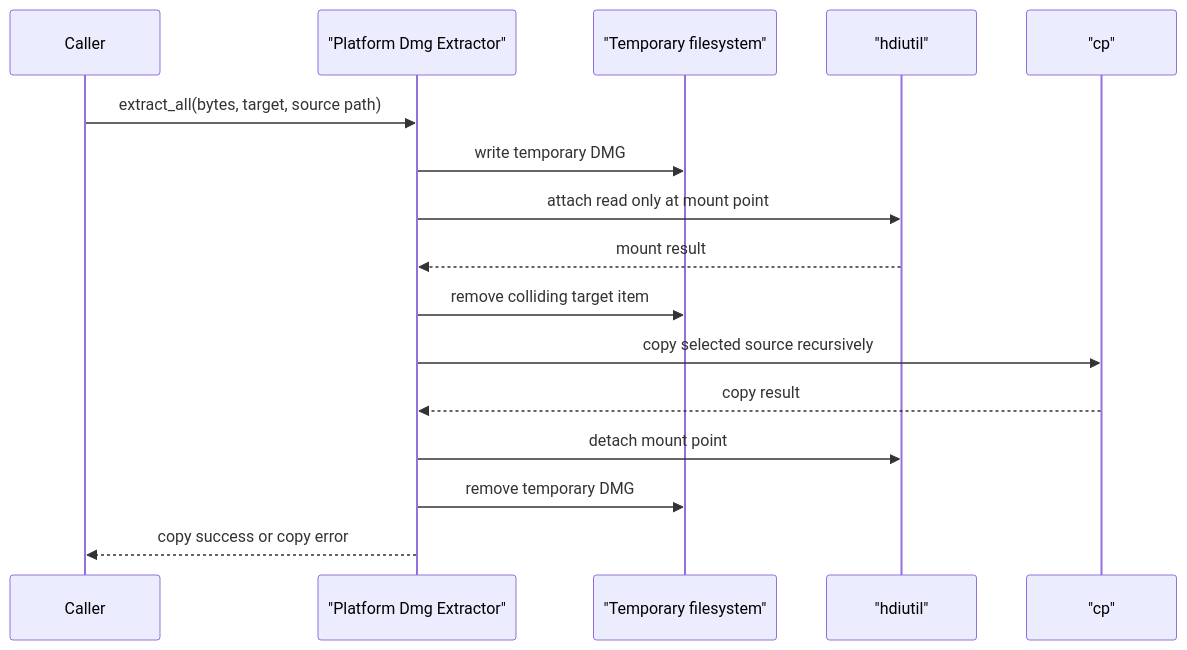
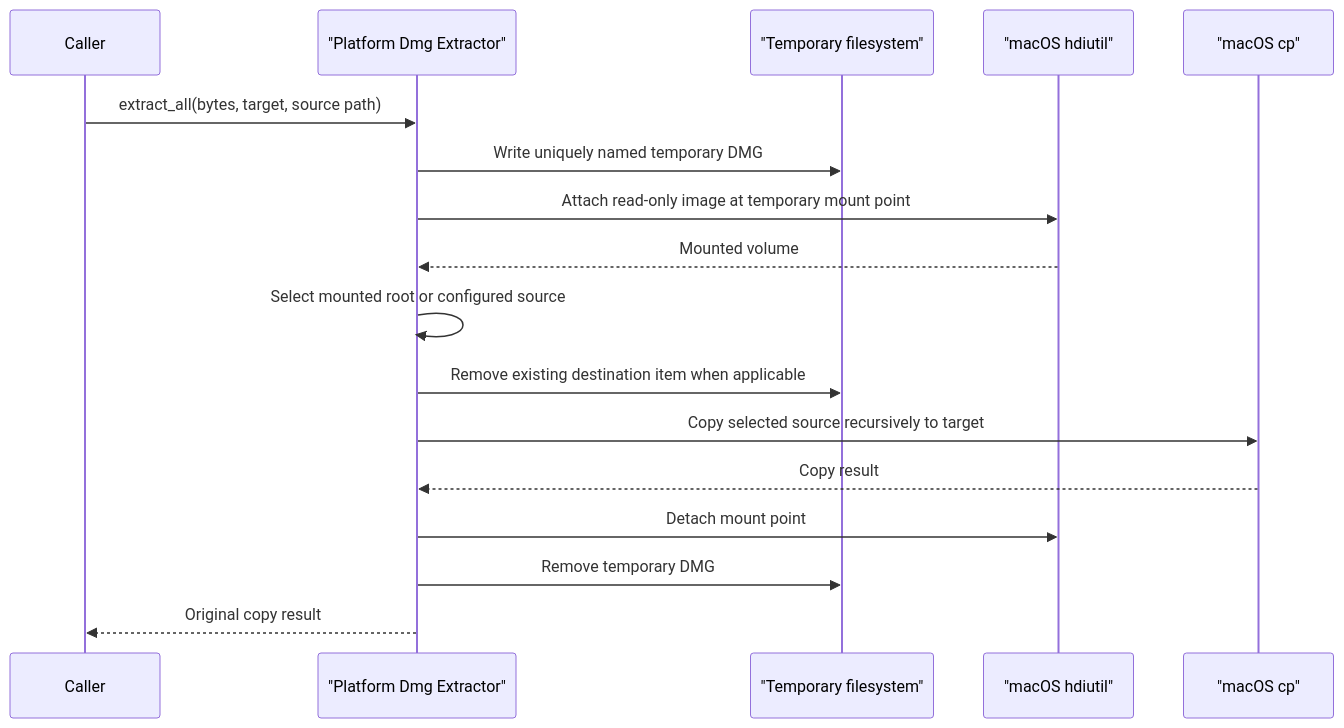
Before and after one commit to flamingo-stack/openframe-oss-tenant: the second of 4 diagrams in docs/reference/architecture/openframe-client-core/platform-dmg-extractor/platform-dmg-extractor.md, drawn with Mermaid. The commit also changed other lines of this file and 2377 other files, not shown here.

````diff
--- a/docs/reference/architecture/openframe-client-core/platform-dmg-extractor/platform-dmg-extractor.md
+++ b/docs/reference/architecture/openframe-client-core/platform-dmg-extractor/platform-dmg-extractor.md
@@ -81,18 +44,19 @@
 ```mermaid
 sequenceDiagram
     participant Caller
     participant Extractor as "Platform Dmg Extractor"
-    participant FileSystem as "Temporary filesystem"
-    participant Hdiutil as "hdiutil"
-    participant CopyTool as "cp"
+    participant Filesystem as "Temporary filesystem"
+    participant Hdiutil as "macOS hdiutil"
+    participant Copy as "macOS cp"
     Caller->>Extractor: extract_all(bytes, target, source path)
-    Extractor->>FileSystem: write temporary DMG
-    Extractor->>Hdiutil: attach read only at mount point
-    Hdiutil-->>Extractor: mount result
-    Extractor->>FileSystem: remove colliding target item
-    Extractor->>CopyTool: copy selected source recursively
-    CopyTool-->>Extractor: copy result
-    Extractor->>Hdiutil: detach mount point
-    Extractor->>FileSystem: remove temporary DMG
-    Extractor-->>Caller: copy success or copy error
+    Extractor->>Filesystem: Write uniquely named temporary DMG
+    Extractor->>Hdiutil: Attach read-only image at temporary mount point
+    Hdiutil-->>Extractor: Mounted volume
+    Extractor->>Extractor: Select mounted root or configured source
+    Extractor->>Filesystem: Remove existing destination item when applicable
+    Extractor->>Copy: Copy selected source recursively to target
+    Copy-->>Extractor: Copy result
+    Extractor->>Hdiutil: Detach mount point
+    Extractor->>Filesystem: Remove temporary DMG
+    Extractor-->>Caller: Original copy result
 ```
````
